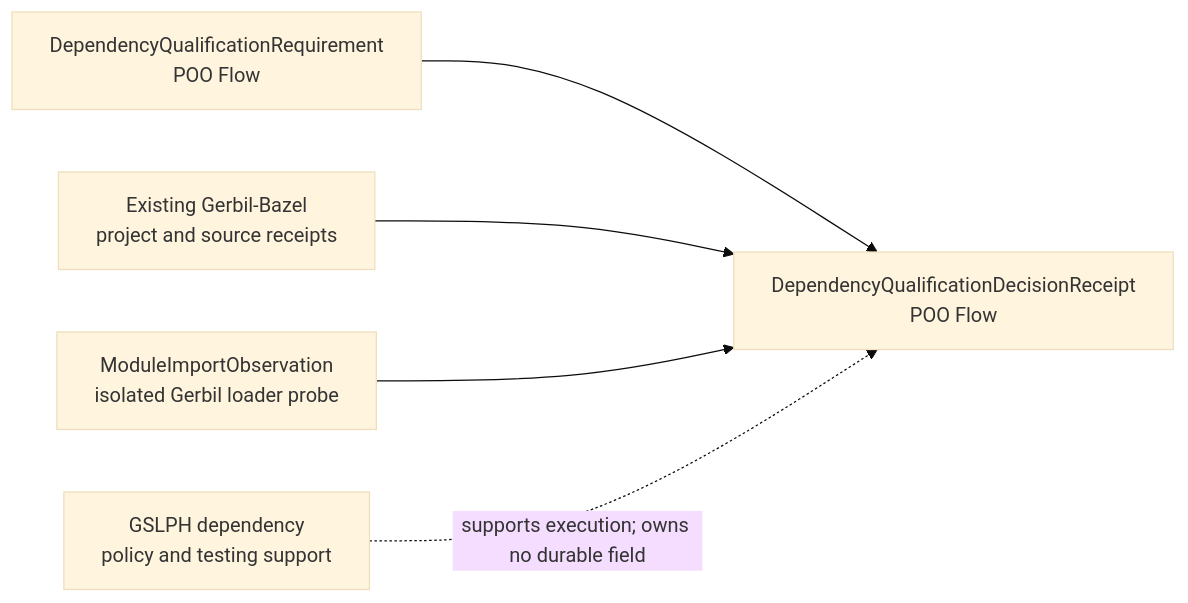
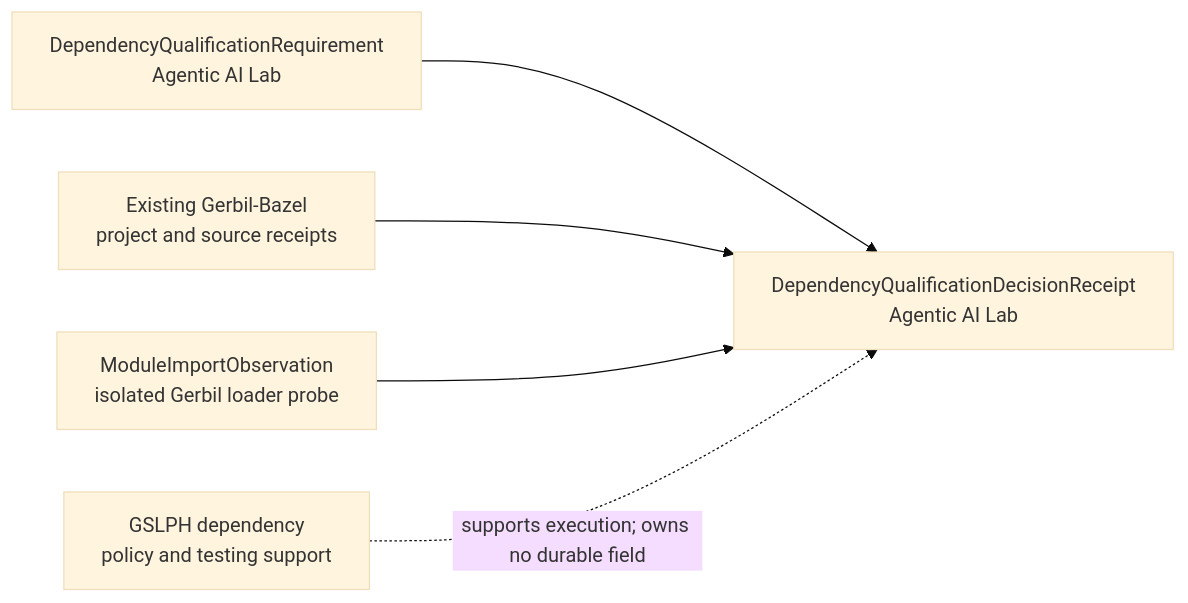
One commit to tao3k/gebril-yuanxu changed diagram 11 of 15 in module-system/design/45-00-mix-profile-rfc-archive.org. Above: the diagram before and after it, drawn with Mermaid (base theme). The commit also changed other lines of this file and 507 other files, not shown here.

```diff
--- a/module-system/design/45-00-mix-profile-rfc-archive.org
+++ b/module-system/design/45-00-mix-profile-rfc-archive.org
@@ -2924,13 +2924,13 @@
 #+begin_src mermaid
 flowchart LR
-  R["DependencyQualificationRequirement<br/>POO Flow"]
+  R["DependencyQualificationRequirement<br/>Agentic AI Lab"]
   B["Existing Gerbil-Bazel<br/>project and source receipts"]
   M["ModuleImportObservation<br/>isolated Gerbil loader probe"]
-  D["DependencyQualificationDecisionReceipt<br/>POO Flow"]
+  D["DependencyQualificationDecisionReceipt<br/>Agentic AI Lab"]
   GS["GSLPH dependency<br/>policy and testing support"]
 
   R --> D
   B --> D
   M --> D
   GS -. "supports execution; owns no durable field" .-> D
 #+end_src
```
